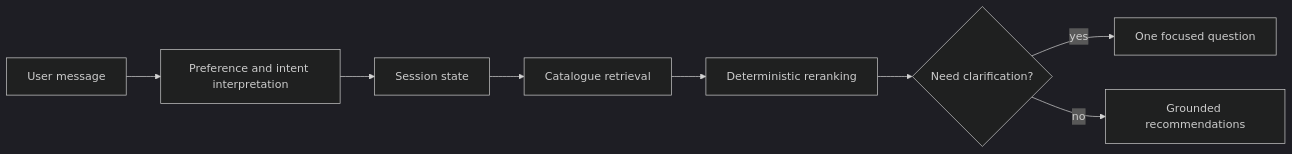
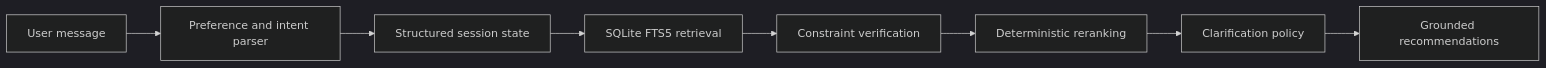
One commit to gongahkia/tiktok-techjam-hackathon-2026 changed the diagram in README.md. Above: the diagram before and after it, drawn with Mermaid (dark theme). The commit also changed other lines of this file and 85 other files, not shown here.

````diff
--- a/README.md
+++ b/README.md
@@ -15,10 +100,10 @@
 ```mermaid
 flowchart LR
-    U[User message] --> I[Preference and intent interpretation]
-    I --> S[Session state]
-    S --> R[Catalogue retrieval]
-    R --> D[Deterministic reranking]
-    D --> C{Need clarification?}
-    C -->|yes| Q[One focused question]
-    C -->|no| O[Grounded recommendations]
+    U[User message] --> P[Preference and intent parser]
+    P --> S[Structured session state]
+    S --> R[SQLite FTS5 retrieval]
+    R --> V[Constraint verification]
+    V --> K[Deterministic reranking]
+    K --> Q[Clarification policy]
+    Q --> O[Grounded recommendations]
 ```
````
